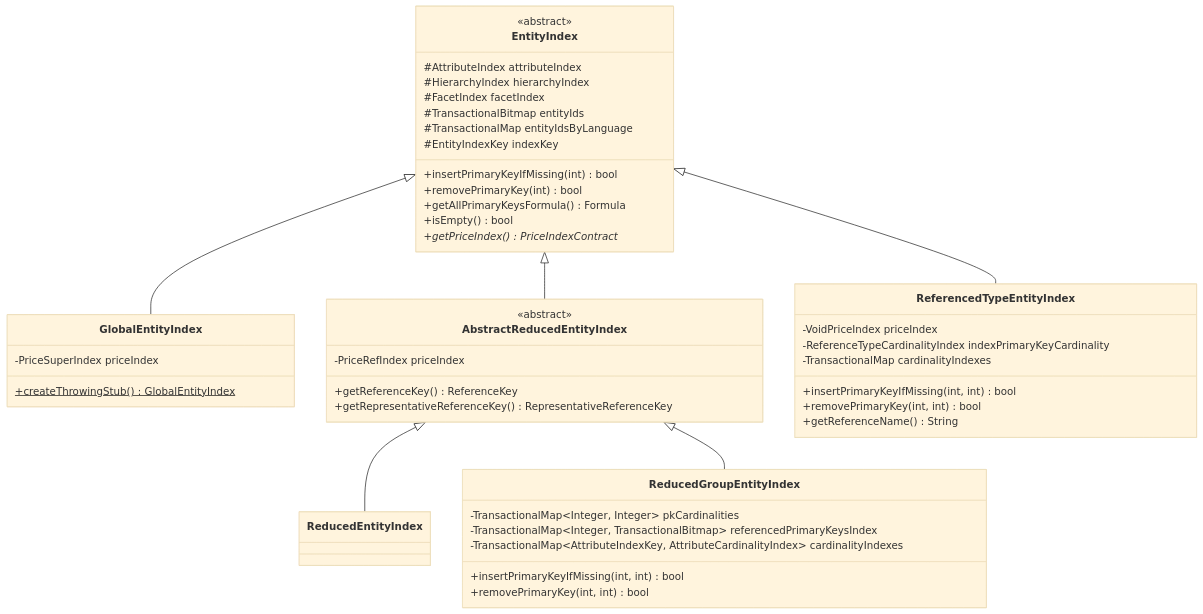
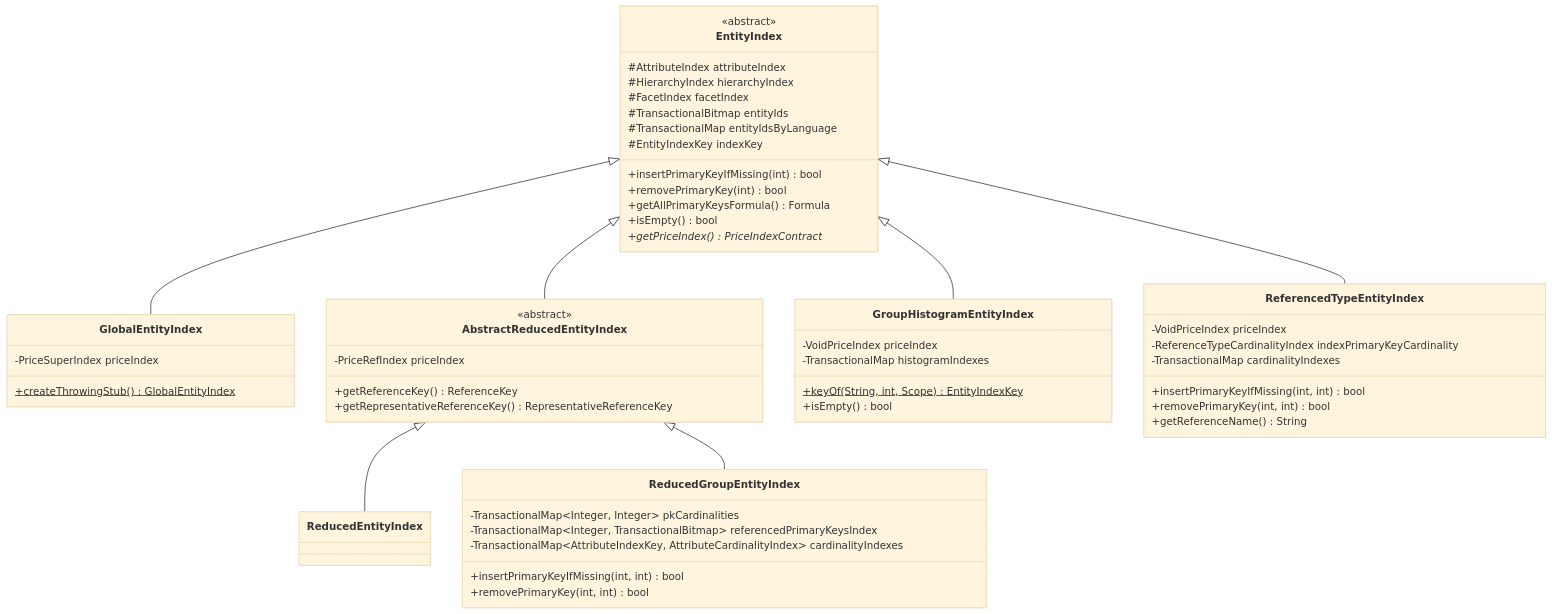
Before and after one commit to FgForrest/evitaDB: the diagram in documentation/developer/indexes/index-hierarchy.md, drawn with Mermaid (base theme). The commit also changed other lines of this file and 11 other files, not shown here.

First line of the commit message:
docs: record the group histogram store as an ADR

````diff
--- a/documentation/developer/indexes/index-hierarchy.md
+++ b/documentation/developer/indexes/index-hierarchy.md
@@ -255,55 +274,63 @@
 ```mermaid
 classDiagram
     class EntityIndex {
         <<abstract>>
         #AttributeIndex attributeIndex
         #HierarchyIndex hierarchyIndex
         #FacetIndex facetIndex
         #TransactionalBitmap entityIds
         #TransactionalMap entityIdsByLanguage
         #EntityIndexKey indexKey
         +insertPrimaryKeyIfMissing(int) bool
         +removePrimaryKey(int) bool
         +getAllPrimaryKeysFormula() Formula
         +isEmpty() bool
         +getPriceIndex()* PriceIndexContract
     }
 
     class GlobalEntityIndex {
         -PriceSuperIndex priceIndex
         +createThrowingStub()$ GlobalEntityIndex
     }
 
     class AbstractReducedEntityIndex {
         <<abstract>>
         -PriceRefIndex priceIndex
         +getReferenceKey() ReferenceKey
         +getRepresentativeReferenceKey() RepresentativeReferenceKey
     }
 
     class ReducedEntityIndex {
     }
 
     class ReducedGroupEntityIndex {
         -TransactionalMap~Integer‚ Integer~ pkCardinalities
         -TransactionalMap~Integer‚ TransactionalBitmap~ referencedPrimaryKeysIndex
         -TransactionalMap~AttributeIndexKey‚ AttributeCardinalityIndex~ cardinalityIndexes
         +insertPrimaryKeyIfMissing(int, int) bool
         +removePrimaryKey(int, int) bool
     }
 
+    class GroupHistogramEntityIndex {
+        -VoidPriceIndex priceIndex
+        -TransactionalMap histogramIndexes
+        +keyOf(String, int, Scope)$ EntityIndexKey
+        +isEmpty() bool
+    }
+
     class ReferencedTypeEntityIndex {
         -VoidPriceIndex priceIndex
         -ReferenceTypeCardinalityIndex indexPrimaryKeyCardinality
         -TransactionalMap cardinalityIndexes
         +insertPrimaryKeyIfMissing(int, int) bool
         +removePrimaryKey(int, int) bool
         +getReferenceName() String
     }
 
     EntityIndex <|-- GlobalEntityIndex
     EntityIndex <|-- AbstractReducedEntityIndex
     EntityIndex <|-- ReferencedTypeEntityIndex
+    EntityIndex <|-- GroupHistogramEntityIndex
     AbstractReducedEntityIndex <|-- ReducedEntityIndex
     AbstractReducedEntityIndex <|-- ReducedGroupEntityIndex
 ```
````
